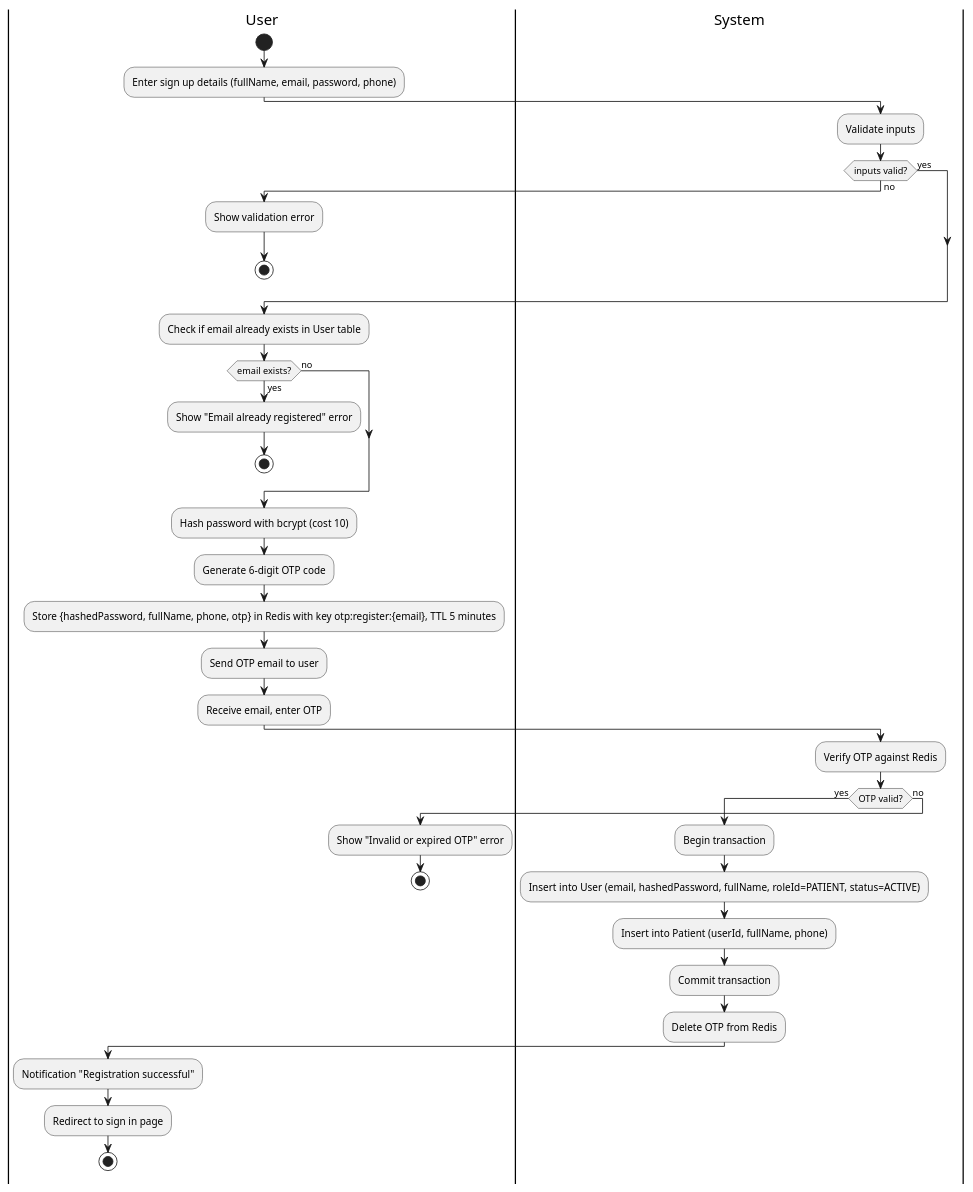
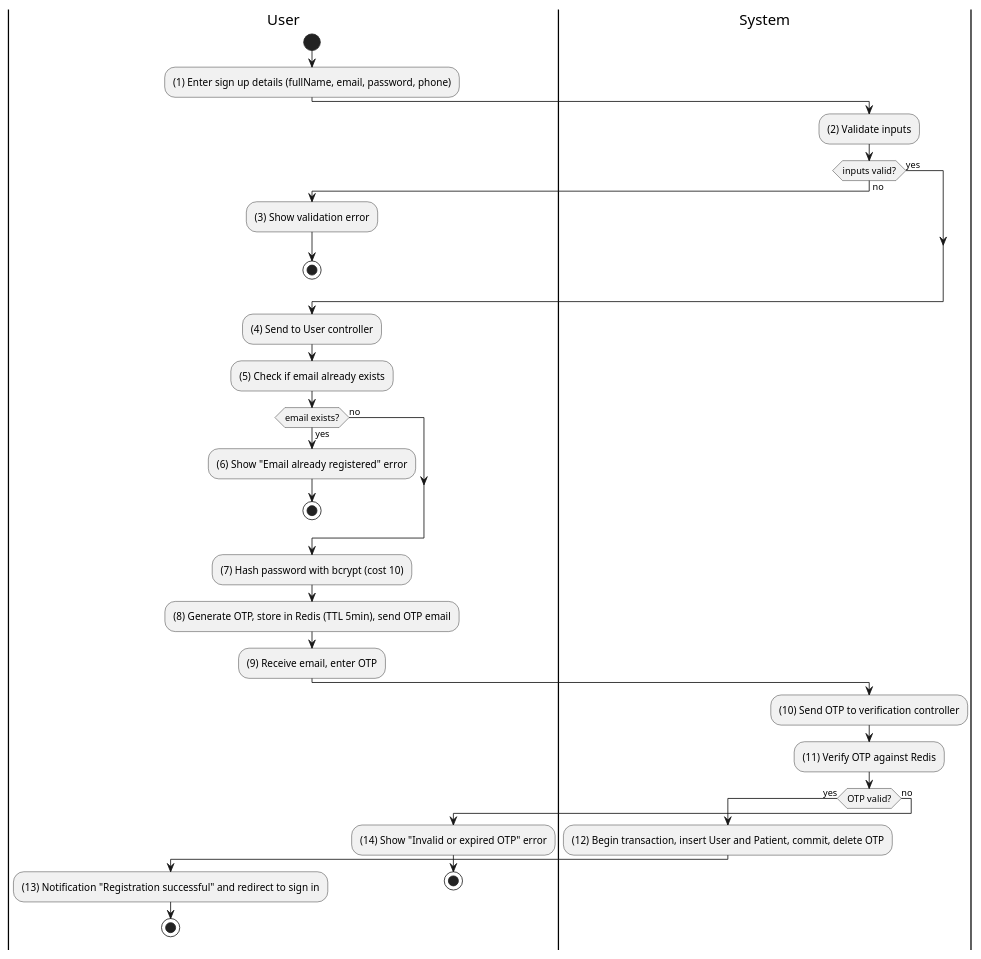
Before and after one commit to MinhThienNguyen040905/SE356---He-thong-phong-kham: the second of 27 diagrams in Docs/SRS.md, drawn with PlantUML. The commit also changed other lines of this file, not shown here.

Commit message:
Implement feature X to enhance user experience and optimize performance

````diff
--- a/Docs/SRS.md
+++ b/Docs/SRS.md
@@ -195,45 +186,40 @@
 ```plantuml
 @startuml
 |User|
 start
-:Enter sign up details (fullName, email, password, phone);
+:(1) Enter sign up details (fullName, email, password, phone);
 |System|
-:Validate inputs;
+:(2) Validate inputs;
 if (inputs valid?) then (no)
   |User|
-  :Show validation error;
+  :(3) Show validation error;
   stop
 else (yes)
 endif
-:Check if email already exists in User table;
+:(4) Send to User controller;
+:(5) Check if email already exists;
 if (email exists?) then (yes)
   |User|
-  :Show "Email already registered" error;
+  :(6) Show "Email already registered" error;
   stop
 else (no)
 endif
-:Hash password with bcrypt (cost 10);
-:Generate 6-digit OTP code;
-:Store {hashedPassword, fullName, phone, otp} in Redis with key otp:register:{email}, TTL 5 minutes;
-:Send OTP email to user;
+:(7) Hash password with bcrypt (cost 10);
+:(8) Generate OTP, store in Redis (TTL 5min), send OTP email;
 |User|
-:Receive email, enter OTP;
+:(9) Receive email, enter OTP;
 |System|
-:Verify OTP against Redis;
+:(10) Send OTP to verification controller;
+:(11) Verify OTP against Redis;
 if (OTP valid?) then (yes)
-  :Begin transaction;
-  :Insert into User (email, hashedPassword, fullName, roleId=PATIENT, status=ACTIVE);
-  :Insert into Patient (userId, fullName, phone);
-  :Commit transaction;
-  :Delete OTP from Redis;
+  :(12) Begin transaction, insert User and Patient, commit, delete OTP;
   |User|
-  :Notification "Registration successful";
-  :Redirect to sign in page;
+  :(13) Notification "Registration successful" and redirect to sign in;
   stop
 else (no)
   |User|
-  :Show "Invalid or expired OTP" error;
+  :(14) Show "Invalid or expired OTP" error;
   stop
 endif
 @enduml
 ```
````
